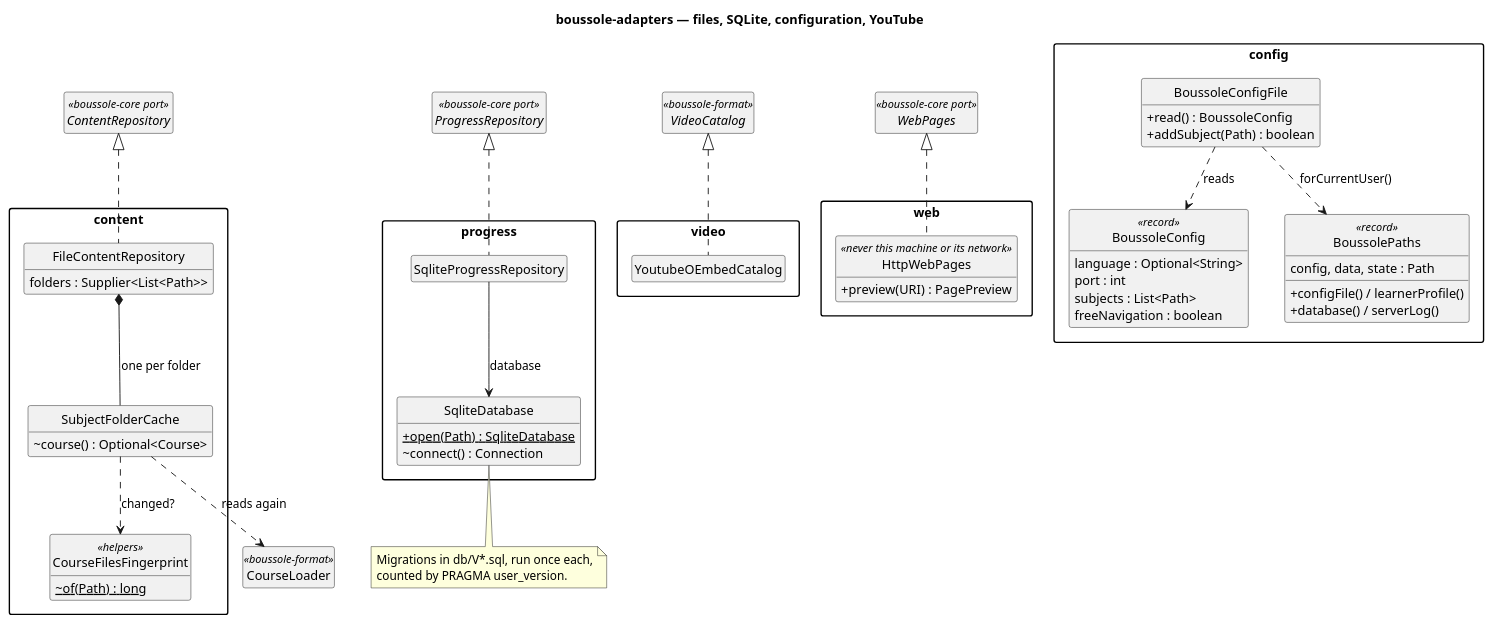
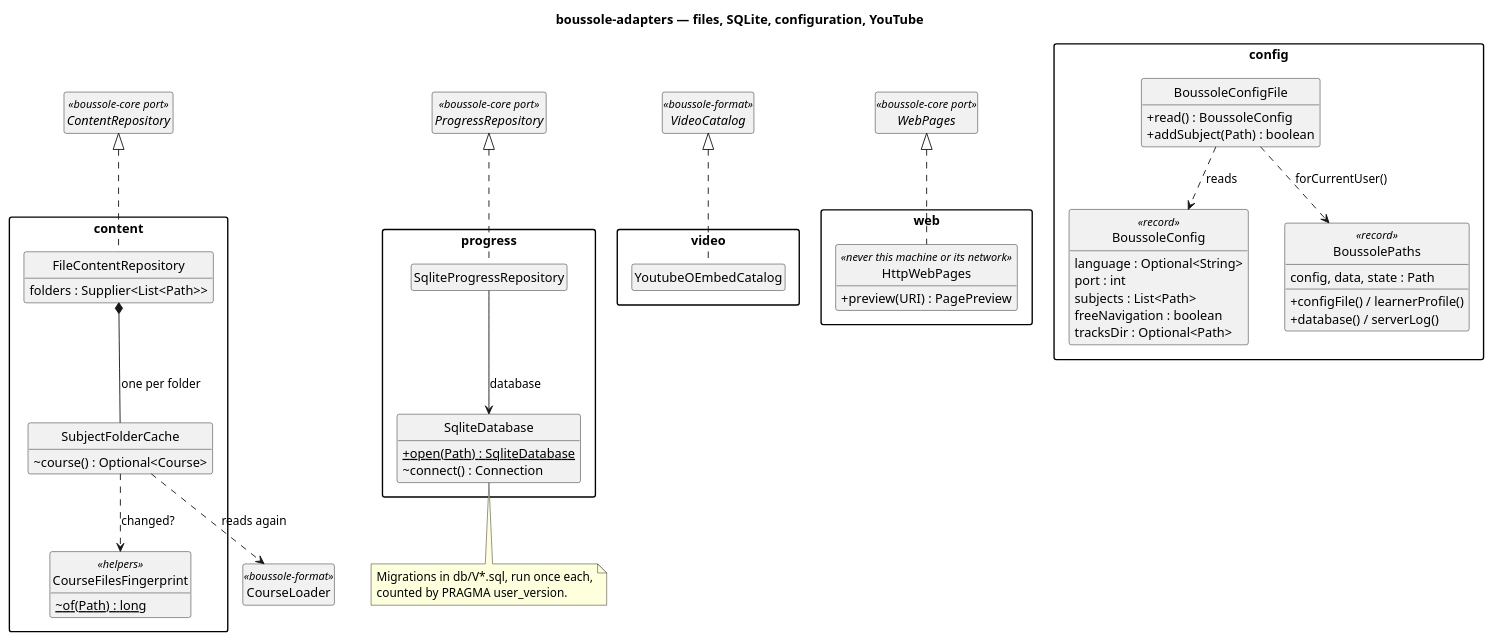
One commit to lucasssoh/Boussole changed the diagram in docs/diagrams/60-adapters.puml. Above: the diagram before and after it, drawn with PlantUML. The commit also changed 13 other files, not shown here.

First line of the commit message:
CLI : boussole new starts a track without documents, in tracks_dir (~/Boussole by default), with its goal

```diff
--- a/docs/diagrams/60-adapters.puml
+++ b/docs/diagrams/60-adapters.puml
@@ -1,79 +1,80 @@
 @startuml 60-adapters
 skinparam packageStyle rectangle
 skinparam classAttributeIconSize 0
 skinparam nodesep 40
 skinparam ranksep 50
 hide empty members
 hide circle
 title boussole-adapters — files, SQLite, configuration, YouTube
 
 package "content" {
   class FileContentRepository {
     folders : Supplier<List<Path>>
   }
   class SubjectFolderCache {
     ~course() : Optional<Course>
   }
   class CourseFilesFingerprint <<helpers>> {
     ~{static} of(Path) : long
   }
 }
 
 package "progress" {
   class SqliteProgressRepository
   class SqliteDatabase {
     +{static} open(Path) : SqliteDatabase
     ~connect() : Connection
   }
 }
 
 package "config" {
   class BoussoleConfigFile {
     +read() : BoussoleConfig
     +addSubject(Path) : boolean
   }
   class BoussoleConfig <<record>> {
     language : Optional<String>
     port : int
     subjects : List<Path>
     freeNavigation : boolean
+    tracksDir : Optional<Path>
   }
   class BoussolePaths <<record>> {
     config, data, state : Path
     +configFile() / learnerProfile()
     +database() / serverLog()
   }
 }
 
 package "video" {
   class YoutubeOEmbedCatalog
 }
 
 package "web" {
   class HttpWebPages <<never this machine or its network>> {
     +preview(URI) : PagePreview
   }
 }
 
 interface ContentRepository <<boussole-core port>>
 interface ProgressRepository <<boussole-core port>>
 interface VideoCatalog <<boussole-format>>
 interface WebPages <<boussole-core port>>
 class CourseLoader <<boussole-format>>
 
 ContentRepository <|.. FileContentRepository
 WebPages <|.. HttpWebPages
 FileContentRepository *-- SubjectFolderCache : one per folder
 SubjectFolderCache ..> CourseFilesFingerprint : changed?
 SubjectFolderCache ..> CourseLoader : reads again
 ProgressRepository <|.. SqliteProgressRepository
 SqliteProgressRepository --> SqliteDatabase : database
 VideoCatalog <|.. YoutubeOEmbedCatalog
 BoussoleConfigFile ..> BoussoleConfig : reads
 BoussoleConfigFile ..> BoussolePaths : forCurrentUser()
 
 note bottom of SqliteDatabase
   Migrations in db/V*.sql, run once each,
   counted by PRAGMA user_version.
 end note
 @enduml
```
